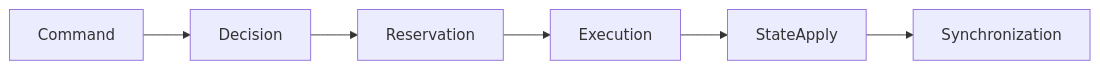
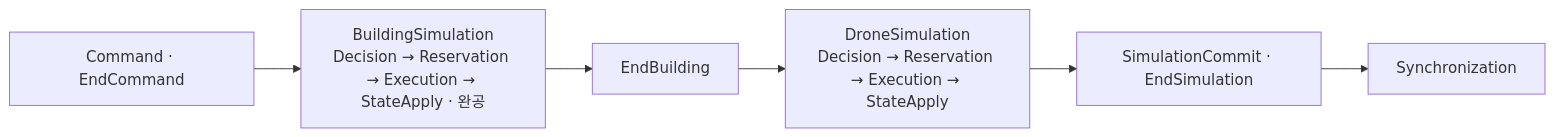
The diagram in Docs/CodeMemory/Components/README.md (Gentlet/planet-miner), drawn with Mermaid before and after one commit. The commit also changed other lines of this file and 251 other files, not shown here.

````diff
--- a/Docs/CodeMemory/Components/README.md
+++ b/Docs/CodeMemory/Components/README.md
@@ -51,8 +51,8 @@
 ```mermaid
 flowchart LR
-    C["Command"] --> D["Decision"]
-    D --> R["Reservation"]
-    R --> E["Execution"]
-    E --> A["StateApply"]
-    A --> S["Synchronization"]
+    C["Command · EndCommand"] --> B["BuildingSimulation<br/>Decision → Reservation → Execution → StateApply · 완공"]
+    B --> EB["EndBuilding"]
+    EB --> D["DroneSimulation<br/>Decision → Reservation → Execution → StateApply"]
+    D --> ES["SimulationCommit · EndSimulation"]
+    ES --> S["Synchronization"]
 ```
````
